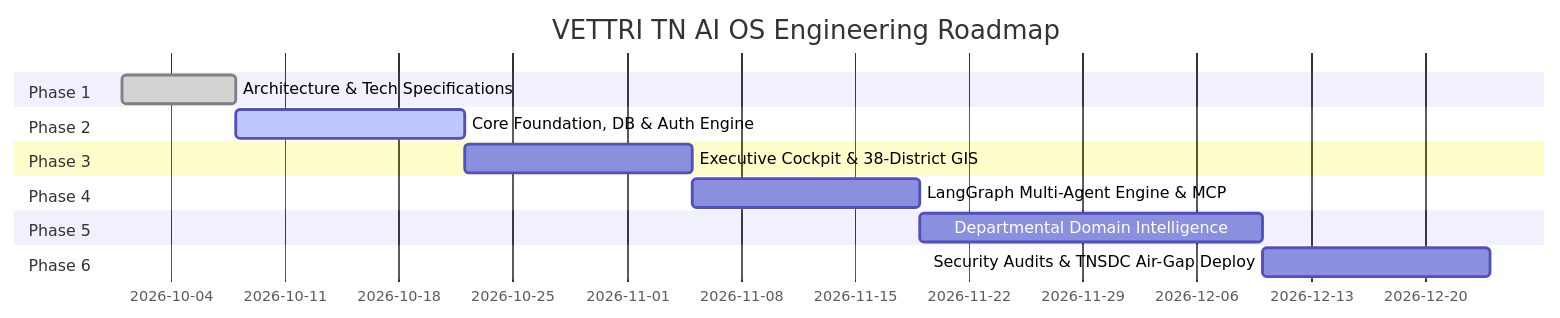
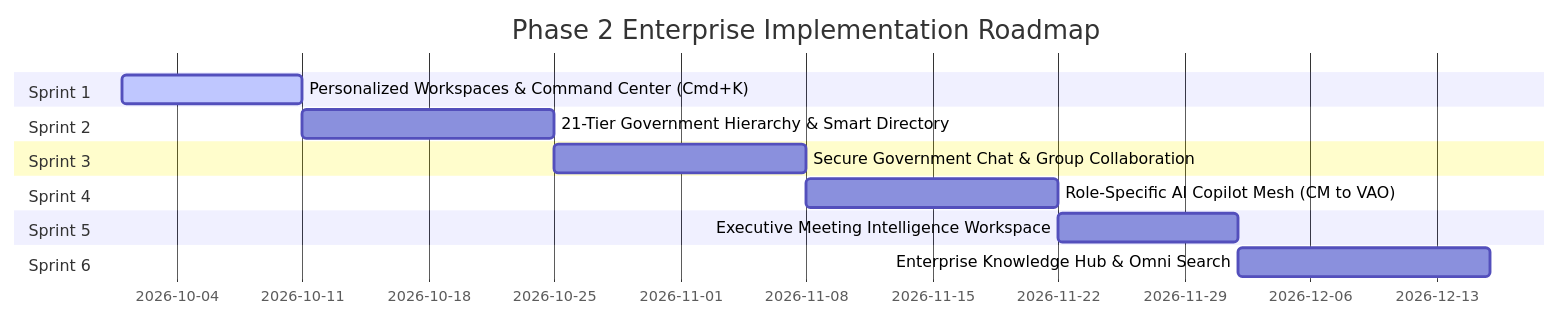
Before and after one commit to kiru6006/vetri-tncm-team-agent: the diagram in docs/DEVELOPMENT_ROADMAP.md, drawn with Mermaid. The commit also changed other lines of this file and 3 other files, not shown here.

Commit message:
docs: complete Phase 2 Architecture, Hierarchy, AI Copilots & Roadmap specifications

````diff
--- a/docs/DEVELOPMENT_ROADMAP.md
+++ b/docs/DEVELOPMENT_ROADMAP.md
@@ -12,17 +13,17 @@
 ```mermaid
 gantt
-    title VETTRI TN AI OS Engineering Roadmap
+    title Phase 2 Enterprise Implementation Roadmap
     dateFormat  YYYY-MM-DD
-    section Phase 1
-    Architecture & Tech Specifications   :done, p1, 2026-10-01, 7d
-    section Phase 2
-    Core Foundation, DB & Auth Engine    :active, p2, 2026-10-08, 14d
-    section Phase 3
-    Executive Cockpit & 38-District GIS  :p3, 2026-10-22, 14d
-    section Phase 4
-    LangGraph Multi-Agent Engine & MCP   :p4, 2026-11-05, 14d
-    section Phase 5
-    Departmental Domain Intelligence     :p5, 2026-11-19, 21d
-    section Phase 6
-    Security Audits & TNSDC Air-Gap Deploy:p6, 2026-12-10, 14d
+    section Sprint 1
+    Personalized Workspaces & Command Center (Cmd+K) :active, s1, 2026-10-01, 10d
+    section Sprint 2
+    21-Tier Government Hierarchy & Smart Directory  :s2, 2026-10-11, 14d
+    section Sprint 3
+    Secure Government Chat & Group Collaboration    :s3, 2026-10-25, 14d
+    section Sprint 4
+    Role-Specific AI Copilot Mesh (CM to VAO)       :s4, 2026-11-08, 14d
+    section Sprint 5
+    Executive Meeting Intelligence Workspace        :s5, 2026-11-22, 10d
+    section Sprint 6
+    Enterprise Knowledge Hub & Omni Search          :s6, 2026-12-02, 14d
 ```
````
